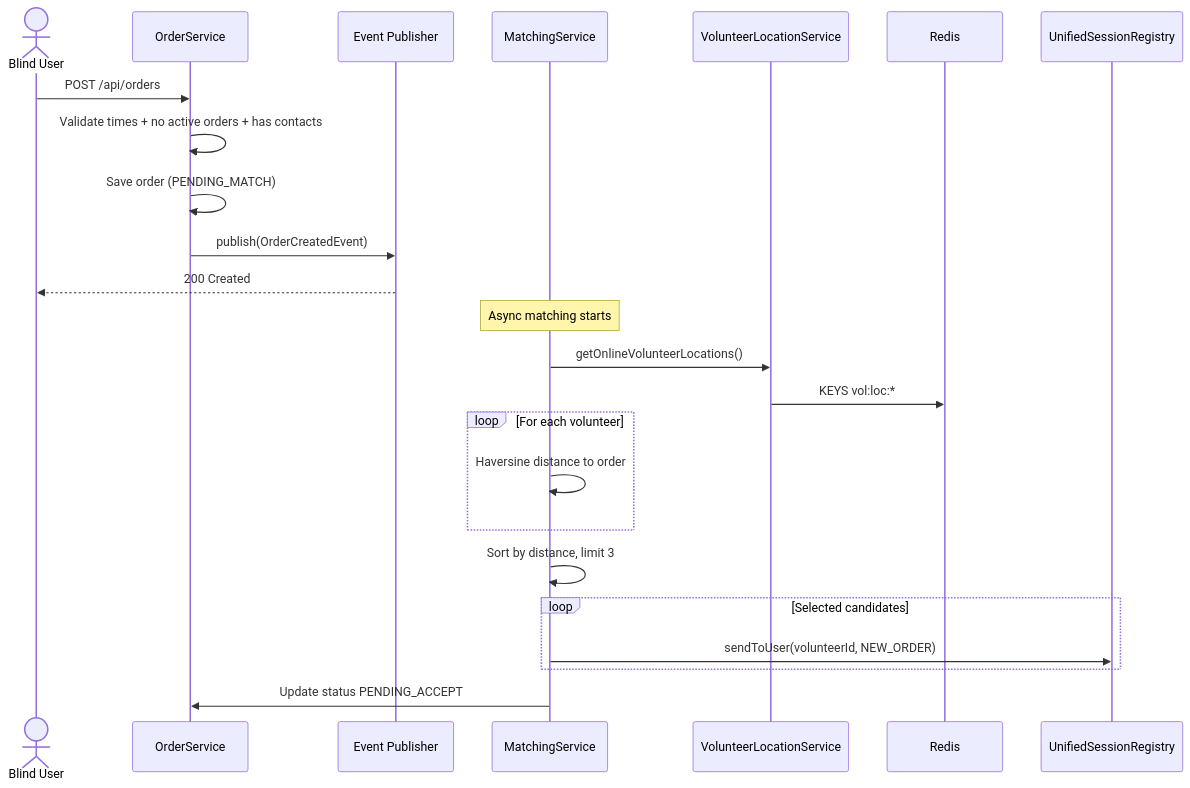
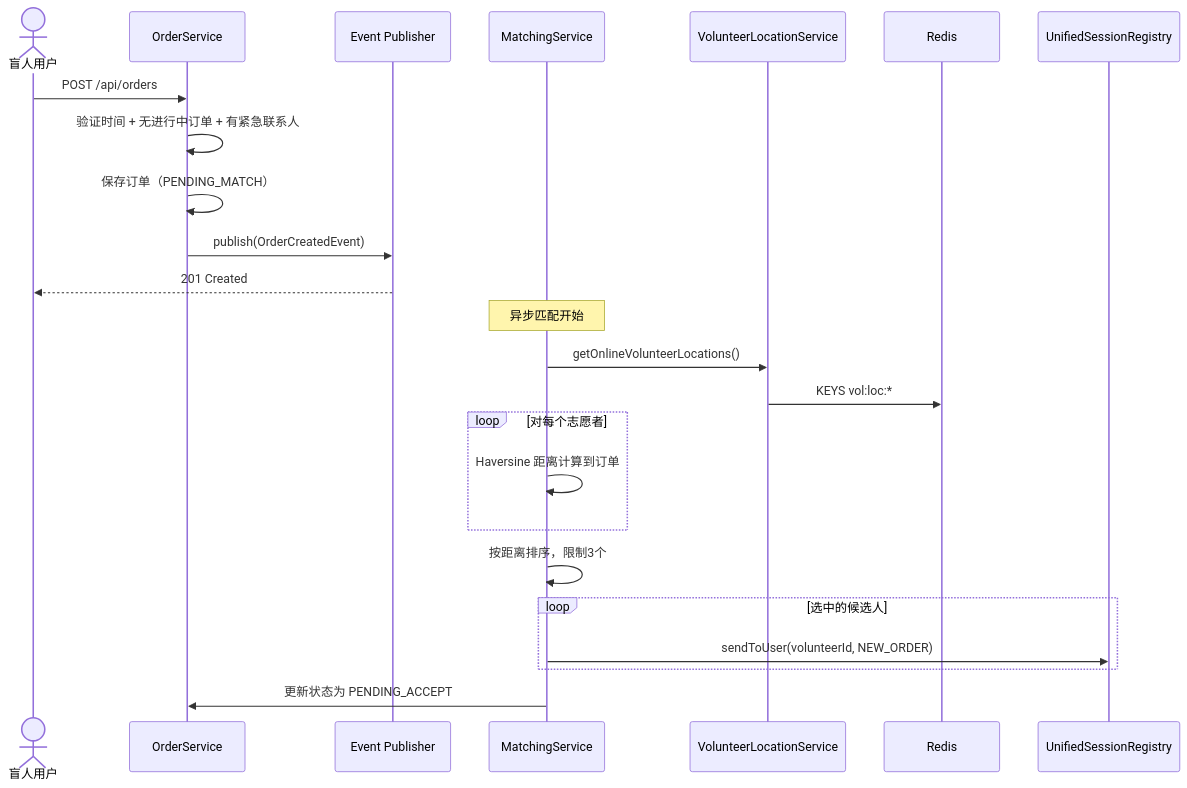
One commit to Jayden23018/blind-run-backend changed the seventh of 10 diagrams in docs/DIAGRAMS.md. Above: the diagram before and after it, drawn with Mermaid. The commit also changed other lines of this file and 122 other files, not shown here.

````diff
--- a/docs/DIAGRAMS.md
+++ b/docs/DIAGRAMS.md
@@ -365,32 +365,32 @@
 ```mermaid
 sequenceDiagram
-    actor Blind as Blind User
+    actor Blind as 盲人用户
     participant OrderSvc as OrderService
     participant EventPub as Event Publisher
     participant MatchSvc as MatchingService
     participant LocSvc as VolunteerLocationService
     participant Redis
     participant WS as UnifiedSessionRegistry
 
     Blind->>OrderSvc: POST /api/orders
-    OrderSvc->>OrderSvc: Validate times + no active orders + has contacts
-    OrderSvc->>OrderSvc: Save order (PENDING_MATCH)
+    OrderSvc->>OrderSvc: 验证时间 + 无进行中订单 + 有紧急联系人
+    OrderSvc->>OrderSvc: 保存订单（PENDING_MATCH）
     OrderSvc->>EventPub: publish(OrderCreatedEvent)
-    EventPub-->>Blind: 200 Created
+    EventPub-->>Blind: 201 Created
 
-    Note over MatchSvc: Async matching starts
+    Note over MatchSvc: 异步匹配开始
     MatchSvc->>LocSvc: getOnlineVolunteerLocations()
     LocSvc->>Redis: KEYS vol:loc:*
 
-    loop For each volunteer
-        MatchSvc->>MatchSvc: Haversine distance to order
+    loop 对每个志愿者
+        MatchSvc->>MatchSvc: Haversine 距离计算到订单
     end
 
-    MatchSvc->>MatchSvc: Sort by distance, limit 3
+    MatchSvc->>MatchSvc: 按距离排序，限制3个
 
-    loop Selected candidates
+    loop 选中的候选人
         MatchSvc->>WS: sendToUser(volunteerId, NEW_ORDER)
     end
 
-    MatchSvc->>OrderSvc: Update status PENDING_ACCEPT
+    MatchSvc->>OrderSvc: 更新状态为 PENDING_ACCEPT
 ```
````
